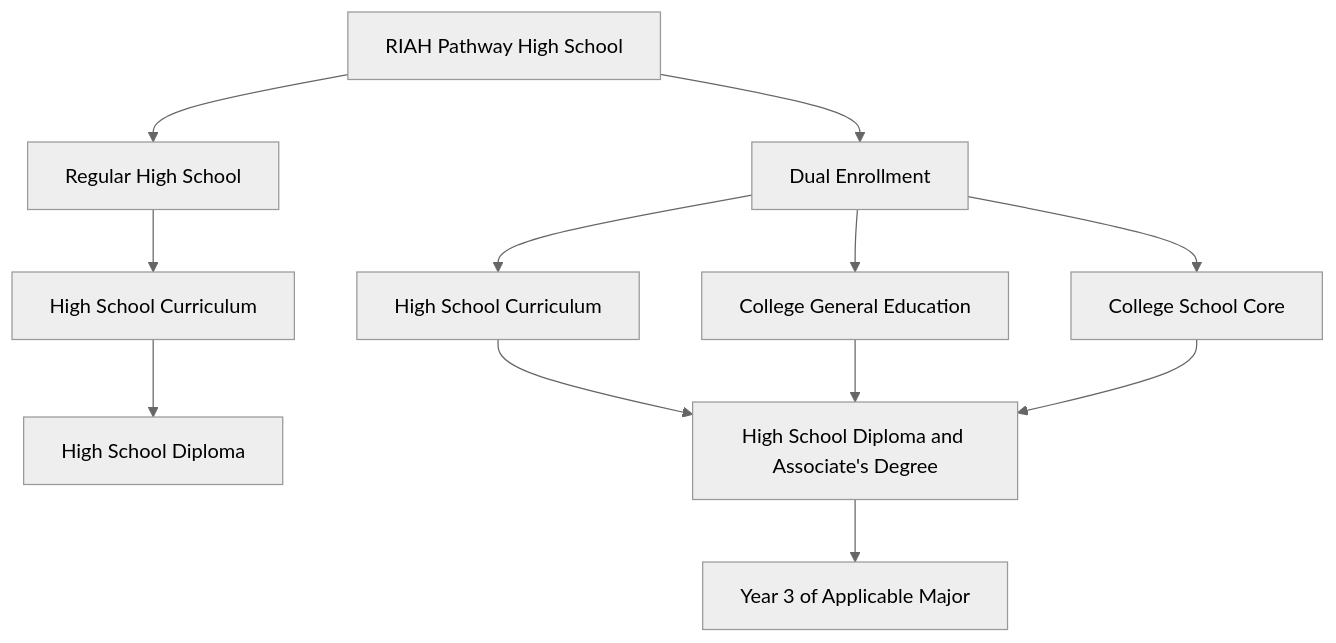
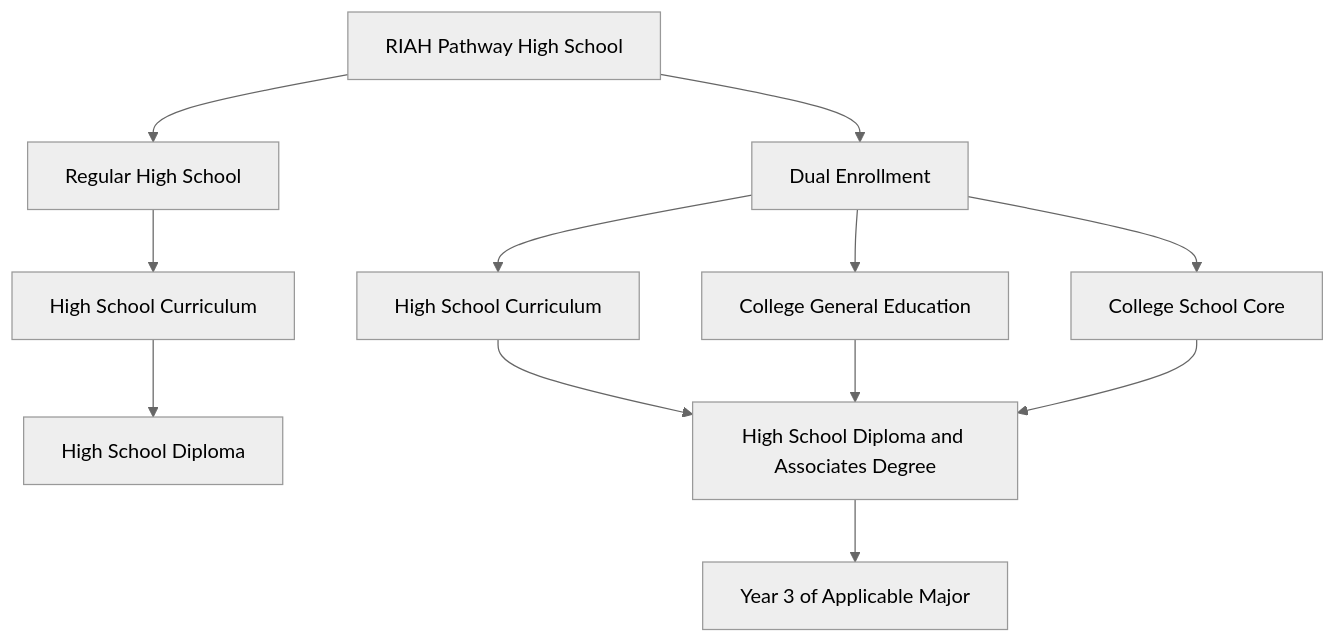
One commit to RIAHPathway/Website-Draft changed the first of 29 diagrams in RIAH-PATHWAY-CURRICULUM-STRUCTURE/RIAH-PATHWAY-HIGH-SCHOOL-STRUCTURE/HIGH-SCHOOL-STRUCTURE.md. Above: the diagram before and after it, drawn with Mermaid (neutral theme). The commit also changed other lines of this file, not shown here.

Commit message:
Repair High School Mermaid rendering compatibility

````diff
--- a/RIAH-PATHWAY-CURRICULUM-STRUCTURE/RIAH-PATHWAY-HIGH-SCHOOL-STRUCTURE/HIGH-SCHOOL-STRUCTURE.md
+++ b/RIAH-PATHWAY-CURRICULUM-STRUCTURE/RIAH-PATHWAY-HIGH-SCHOOL-STRUCTURE/HIGH-SCHOOL-STRUCTURE.md
@@ -92,25 +92,25 @@
 ```mermaid
-flowchart TD
+graph TD
     A["RIAH Pathway High School"]
     B["Regular High School"]
     C["Dual Enrollment"]
     D["High School Curriculum"]
     E["High School Curriculum"]
     F["College General Education"]
     G["College School Core"]
     H["High School Diploma"]
-    I["High School Diploma and Associate's Degree"]
+    I["High School Diploma and Associates Degree"]
     J["Year 3 of Applicable Major"]
 
     A --> B
     A --> C
     B --> D
     D --> H
     C --> E
     C --> F
     C --> G
     E --> I
     F --> I
     G --> I
     I --> J
 ```
````
